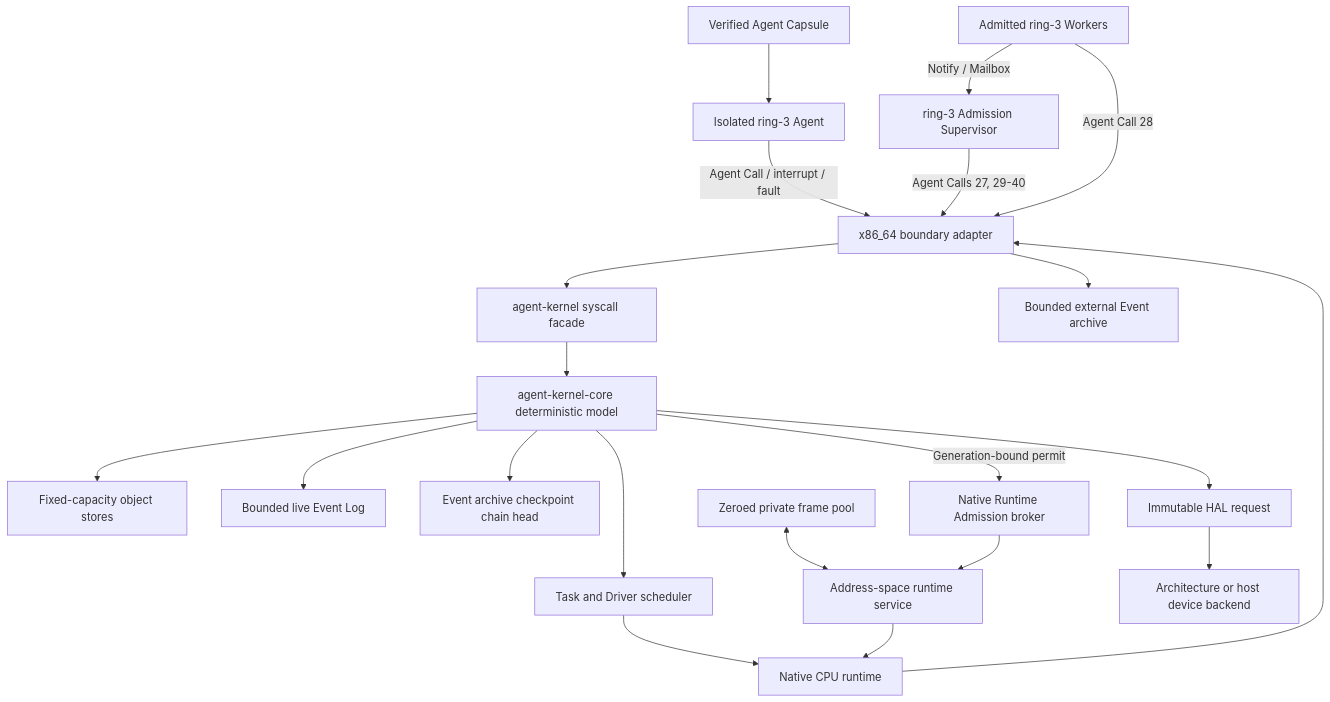
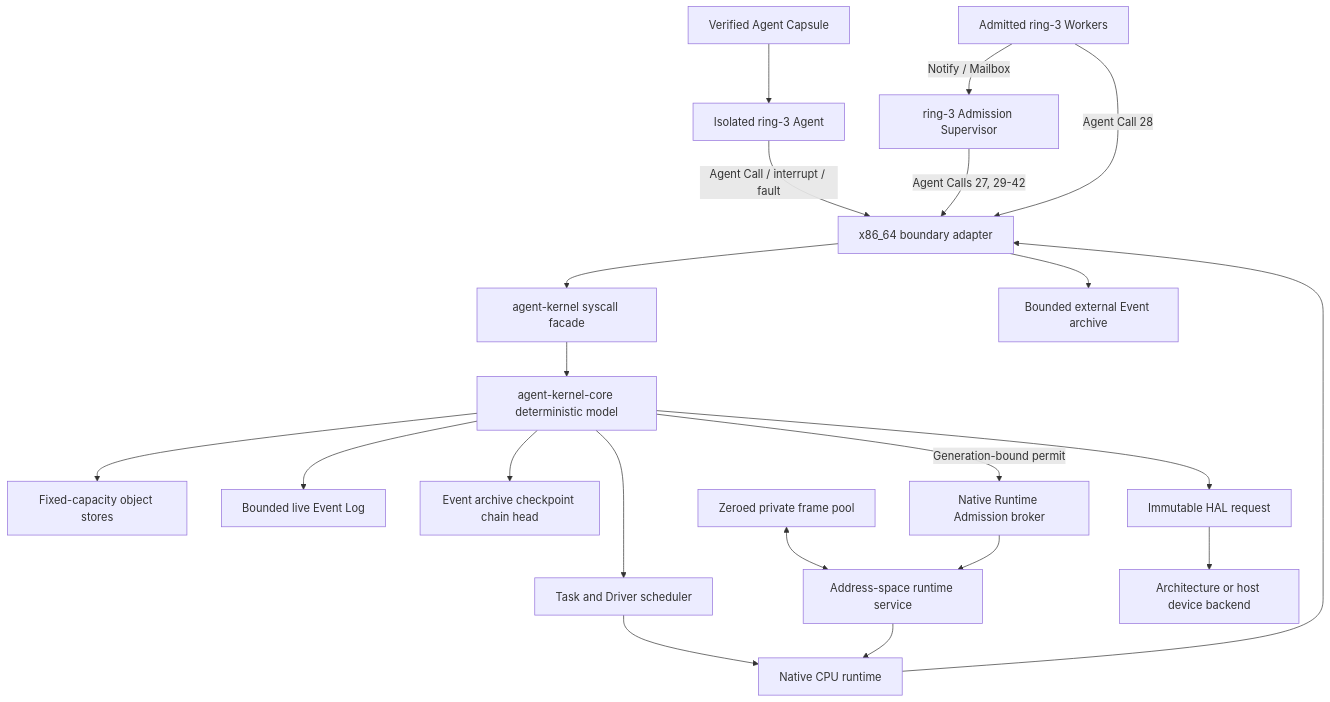
Before and after one commit to Evan-master/agent-kernel: the diagram in README.md, drawn with Mermaid. The commit also changed other lines of this file and 50 other files, not shown here.

````diff
--- a/README.md
+++ b/README.md
@@ -287,23 +300,23 @@
 ```mermaid
 flowchart TB
     Capsule["Verified Agent Capsule"] --> Ring3["Isolated ring-3 Agent"]
     Ring3 -->|"Agent Call / interrupt / fault"| X86["x86_64 boundary adapter"]
     X86 --> Facade["agent-kernel syscall facade"]
     Facade --> Core["agent-kernel-core deterministic model"]
     Core --> Stores["Fixed-capacity object stores"]
     Core --> Events["Bounded live Event Log"]
     Core --> ArchiveHead["Event archive checkpoint chain head"]
     Core --> Scheduler["Task and Driver scheduler"]
     Scheduler --> Runtime["Native CPU runtime"]
     Runtime --> X86
     FramePool["Zeroed private frame pool"] <--> AddressService["Address-space runtime service"]
     Broker["Native Runtime Admission broker"] --> AddressService
     Core -->|"Generation-bound permit"| Broker
     AddressService --> Runtime
     X86 --> Archive["Bounded external Event archive"]
     Core --> HAL["Immutable HAL request"]
     HAL --> Device["Architecture or host device backend"]
-    Supervisor["ring-3 Admission Supervisor"] -->|"Agent Calls 27, 29-40"| X86
+    Supervisor["ring-3 Admission Supervisor"] -->|"Agent Calls 27, 29-42"| X86
     Workers["Admitted ring-3 Workers"] -->|"Agent Call 28"| X86
     Workers -->|"Notify / Mailbox"| Supervisor
 ```
````
